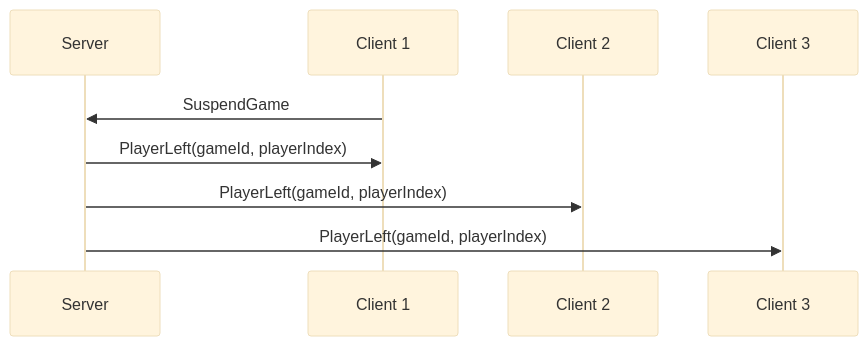
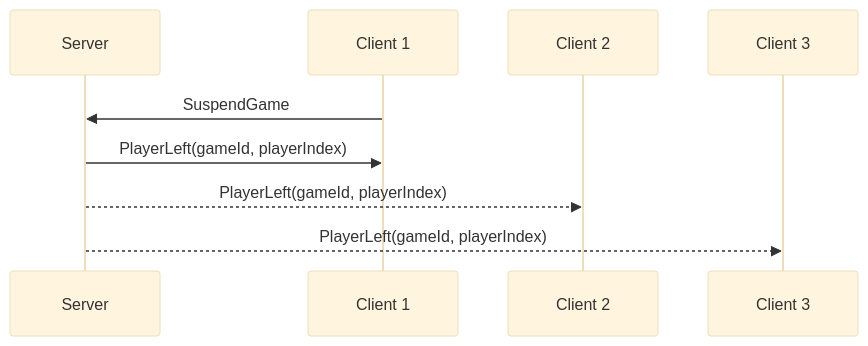
Diagram 13 of 15 in docs/LOBBY.md (roman-zubarevich/another), drawn with Mermaid (base theme) before and after one commit. The commit also changed other lines of this file, not shown here.

````diff
--- a/docs/LOBBY.md
+++ b/docs/LOBBY.md
@@ -165,11 +168,11 @@
 ```mermaid
 sequenceDiagram
     participant S as Server
     participant C1 as Client 1
     participant C2 as Client 2
     participant C3 as Client 3
     C1->>S: SuspendGame
     S->>C1: PlayerLeft(gameId, playerIndex)
-    S->>C2: PlayerLeft(gameId, playerIndex)
-    S->>C3: PlayerLeft(gameId, playerIndex)
+    S-->>C2: PlayerLeft(gameId, playerIndex)
+    S-->>C3: PlayerLeft(gameId, playerIndex)
 ```
````
